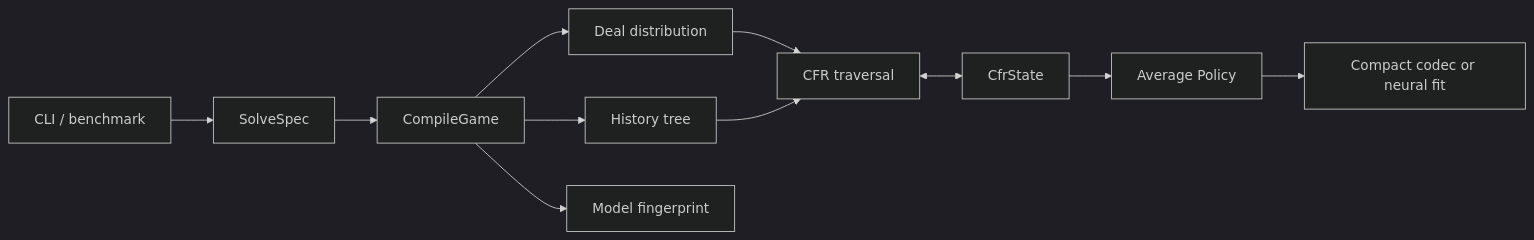
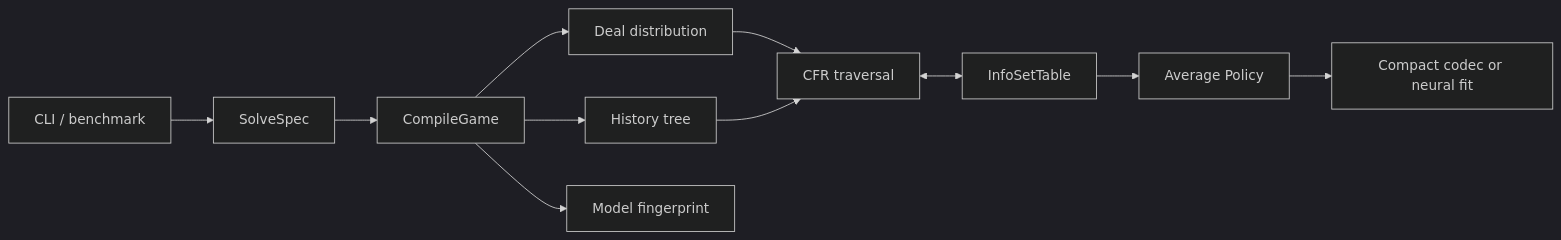
Before and after one commit to lzhao03/PokerBot: the first of 3 diagrams in README.md, drawn with Mermaid (dark theme). The commit also changed other lines of this file and 5 other files, not shown here.

````diff
--- a/README.md
+++ b/README.md
@@ -60,13 +60,13 @@
 ```mermaid
 flowchart LR
   A[CLI / benchmark] --> B[SolveSpec]
   B --> C[CompileGame]
   C --> D[Deal distribution]
   C --> E[History tree]
   C --> F[Model fingerprint]
   D --> G[CFR traversal]
   E --> G
-  G <--> H[CfrState]
+  G <--> H[InfoSetTable]
   H --> I[Average Policy]
   I --> J[Compact codec or neural fit]
 ```
````
